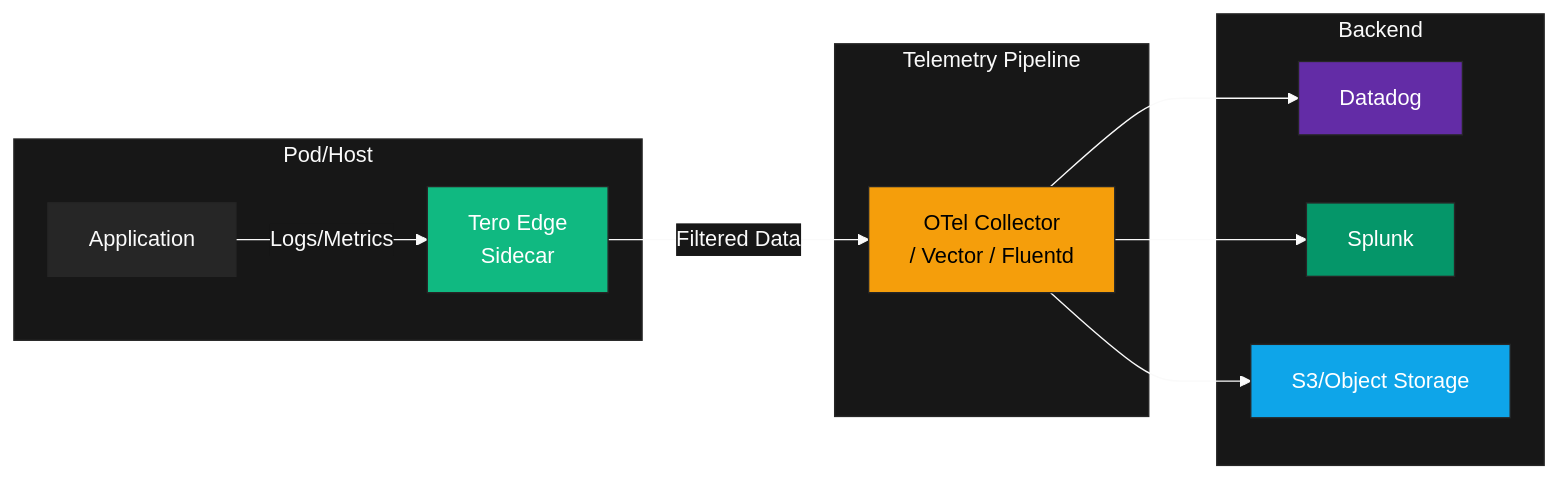
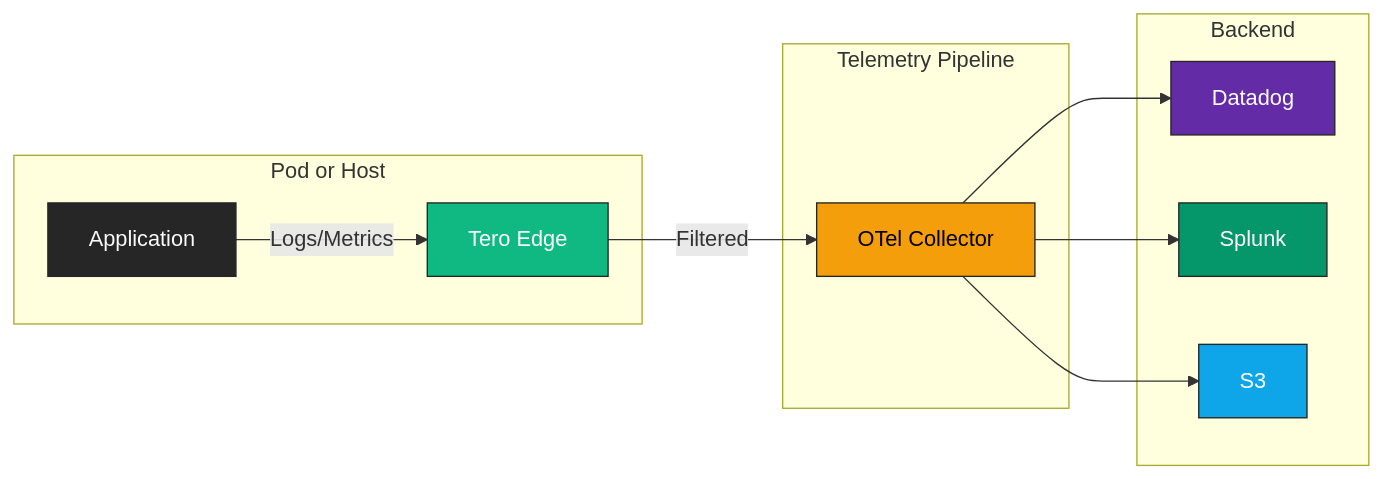
The fourth of 4 diagrams in edge/architecture.mdx (usetero/docs), drawn with Mermaid before and after one commit. The commit also changed other lines of this file, not shown here.

Commit message:
fix: failing architecture diagrams (#8)

````diff
--- a/edge/architecture.mdx
+++ b/edge/architecture.mdx
@@ -286,31 +282,30 @@
 ```mermaid
-%%{init: {'theme': 'base', 'themeVariables': { 'primaryColor': '#0e2b22', 'primaryTextColor': '#fafafa', 'primaryBorderColor': '#262626', 'lineColor': '#fafafa', 'secondaryColor': '#0e2b22', 'tertiaryColor': '#171717', 'background': '#171717', 'mainBkg': '#171717', 'nodeBorder': '#262626', 'clusterBkg': '#171717', 'clusterBorder': '#262626', 'titleColor': '#fafafa', 'edgeLabelBackground': '#171717'}}}%%
 flowchart LR
-    subgraph Pod/Host
+    subgraph Host[Pod or Host]
         App[Application]
-        Edge[Tero Edge<br/>Sidecar]
+        Edge[Tero Edge]
     end
 
-    subgraph Telemetry Pipeline
-        Collector[OTel Collector<br/>/ Vector / Fluentd]
+    subgraph Pipeline[Telemetry Pipeline]
+        Collector[OTel Collector]
     end
 
     subgraph Backend
         DD[Datadog]
         Splunk[Splunk]
-        S3[S3/Object Storage]
+        S3[S3]
     end
 
     App -->|Logs/Metrics| Edge
-    Edge -->|Filtered Data| Collector
+    Edge -->|Filtered| Collector
     Collector --> DD
     Collector --> Splunk
     Collector --> S3
 
     style Edge fill:#10b981,stroke:#262626,color:#fff
     style App fill:#262626,stroke:#262626,color:#fafafa
     style Collector fill:#f59e0b,stroke:#262626,color:#000
     style DD fill:#632ca6,stroke:#262626,color:#fff
     style Splunk fill:#059669,stroke:#262626,color:#fff
     style S3 fill:#0ea5e9,stroke:#262626,color:#fff
 ```
````
